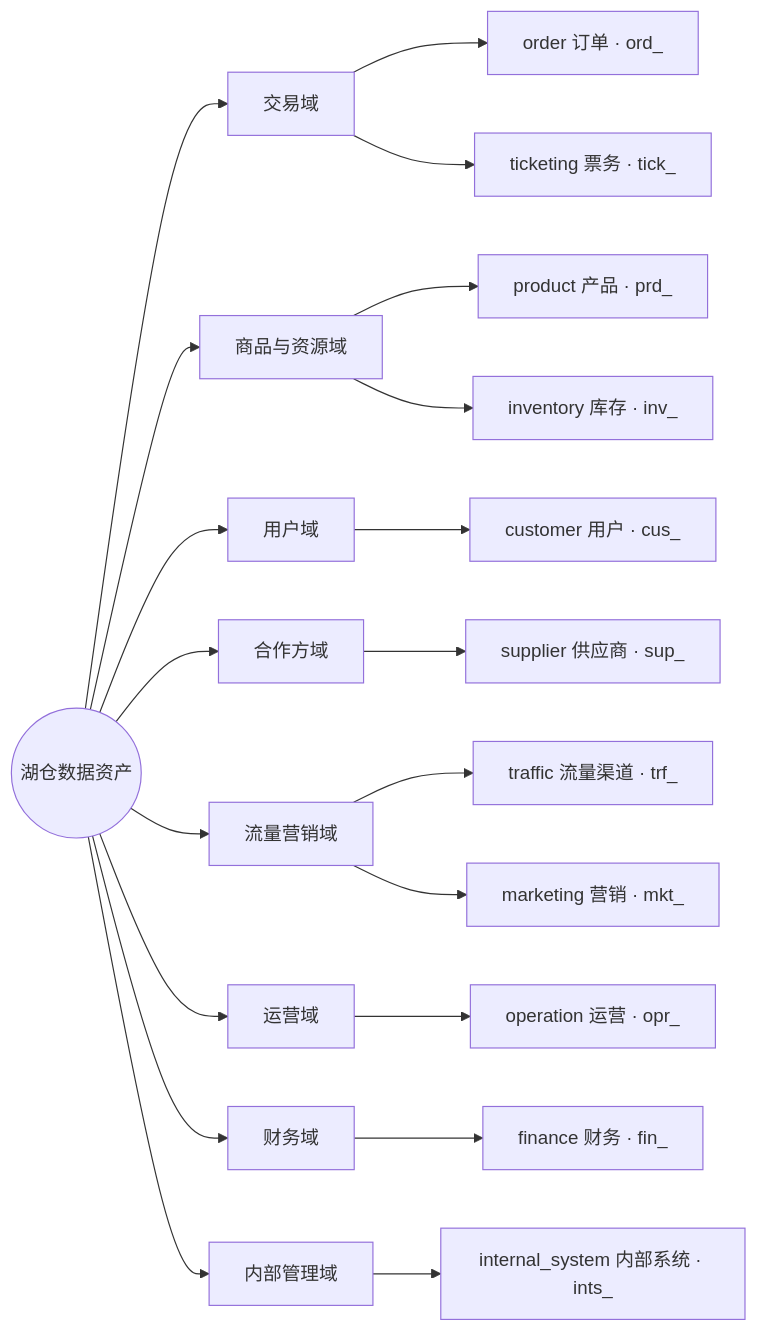
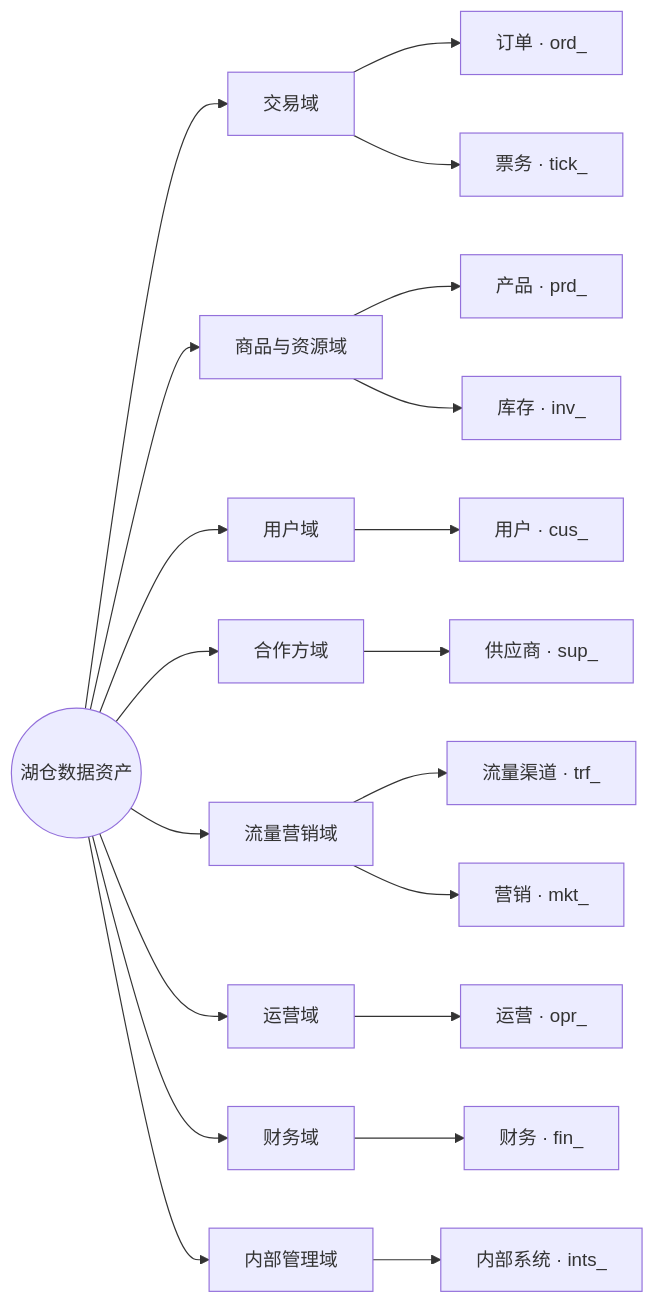
Before and after one commit to keanying/relevance: the second of 13 diagrams in AI＋数据平台建设汇报_正文.md, drawn with Mermaid.

Commit message:
修正

````diff
--- a/AI＋数据平台建设汇报_正文.md
+++ b/AI＋数据平台建设汇报_正文.md
@@ -52,23 +52,23 @@
 ```mermaid
 flowchart LR
   R((湖仓数据资产))
   R --> D1[交易域]
   R --> D2[商品与资源域]
   R --> D3[用户域]
   R --> D4[合作方域]
   R --> D5[流量营销域]
   R --> D6[运营域]
   R --> D7[财务域]
   R --> D8[内部管理域]
-  D1 --> T1[order 订单 · ord_]
-  D1 --> T2[ticketing 票务 · tick_]
-  D2 --> T3[product 产品 · prd_]
-  D2 --> T4[inventory 库存 · inv_]
-  D3 --> T5[customer 用户 · cus_]
-  D4 --> T6[supplier 供应商 · sup_]
-  D5 --> T7[traffic 流量渠道 · trf_]
-  D5 --> T8[marketing 营销 · mkt_]
-  D6 --> T9[operation 运营 · opr_]
-  D7 --> T10[finance 财务 · fin_]
-  D8 --> T11[internal_system 内部系统 · ints_]
+  D1 --> T1[订单 · ord_]
+  D1 --> T2[票务 · tick_]
+  D2 --> T3[产品 · prd_]
+  D2 --> T4[库存 · inv_]
+  D3 --> T5[用户 · cus_]
+  D4 --> T6[供应商 · sup_]
+  D5 --> T7[流量渠道 · trf_]
+  D5 --> T8[营销 · mkt_]
+  D6 --> T9[运营 · opr_]
+  D7 --> T10[财务 · fin_]
+  D8 --> T11[内部系统 · ints_]
 ```
````
